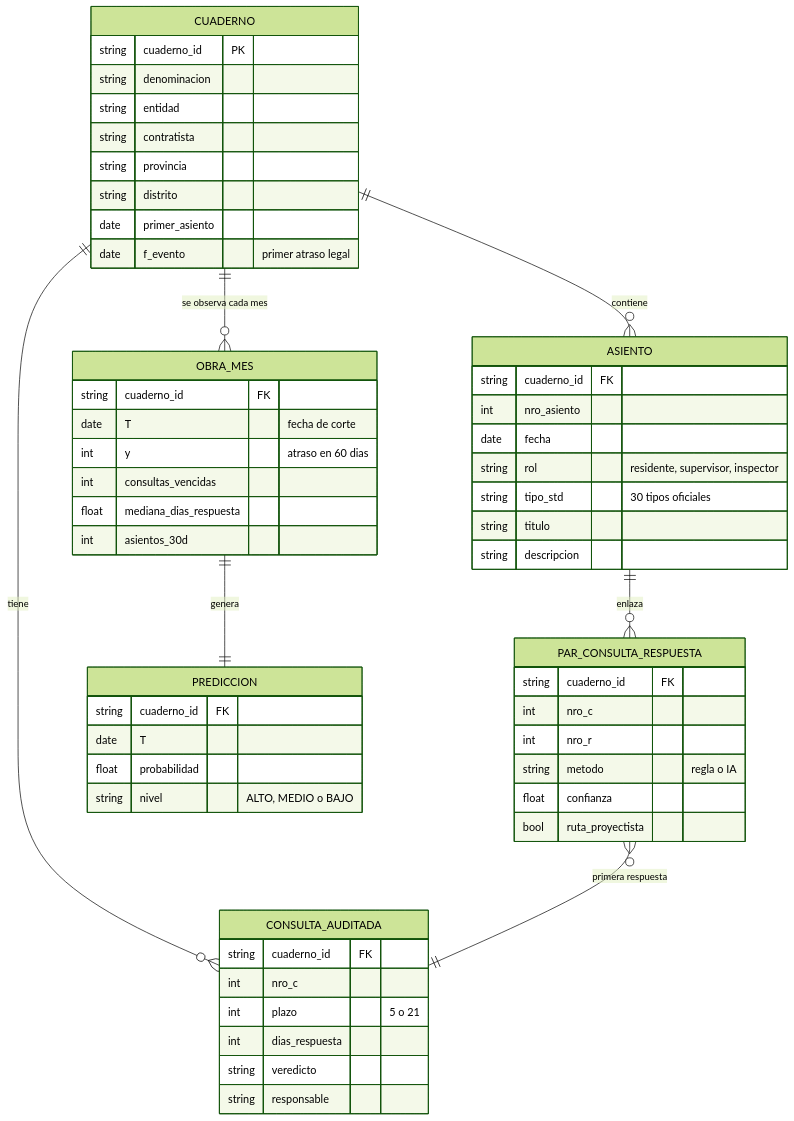
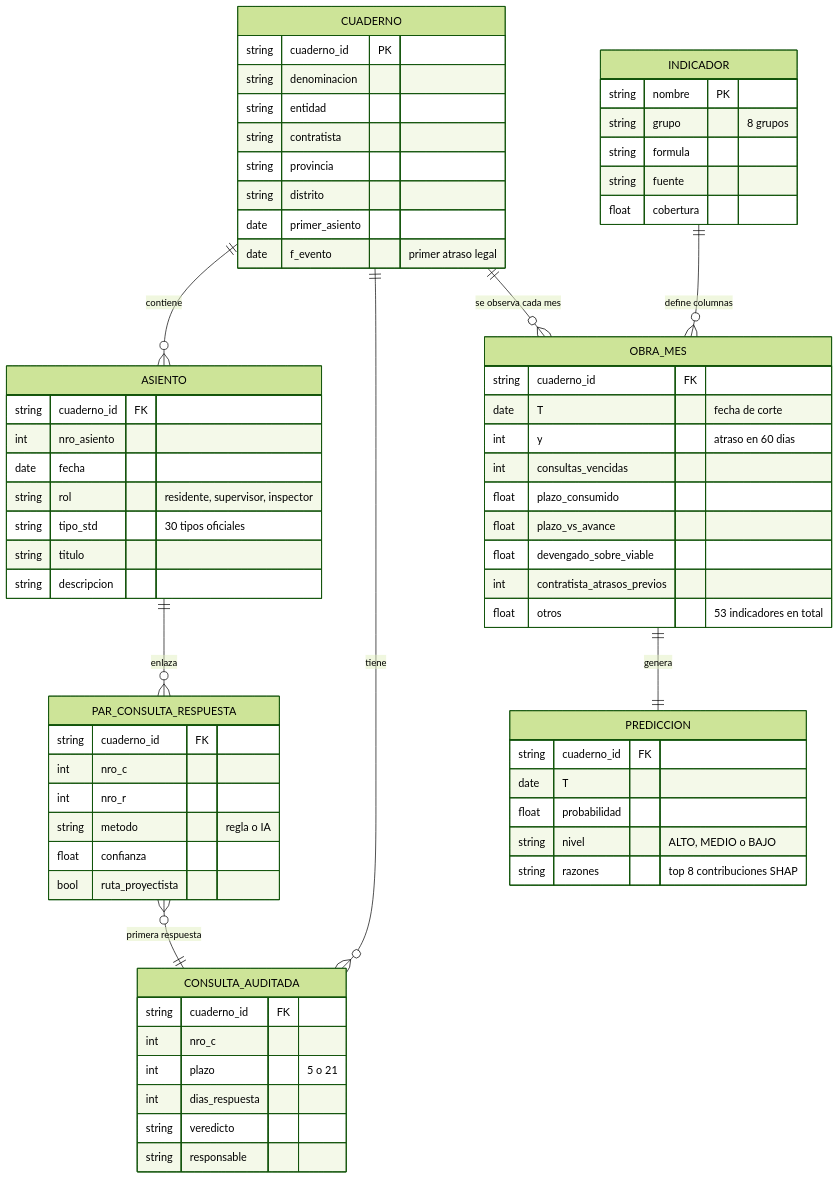
One commit to OwerLopez/caja-negra-obras changed the diagram in diagramas/d08_modelo_datos.mmd. Above: the diagram before and after it, drawn with Mermaid (forest theme). The commit also changed 37 other files, not shown here.

```diff
--- a/diagramas/d08_modelo_datos.mmd
+++ b/diagramas/d08_modelo_datos.mmd
@@ -1,56 +1,68 @@
 erDiagram
   CUADERNO ||--o{ ASIENTO : contiene
   CUADERNO ||--o{ CONSULTA_AUDITADA : tiene
   CUADERNO ||--o{ OBRA_MES : "se observa cada mes"
   ASIENTO ||--o{ PAR_CONSULTA_RESPUESTA : "enlaza"
   PAR_CONSULTA_RESPUESTA }o--|| CONSULTA_AUDITADA : "primera respuesta"
   OBRA_MES ||--|| PREDICCION : genera
+  INDICADOR ||--o{ OBRA_MES : "define columnas"
   CUADERNO {
     string cuaderno_id PK
     string denominacion
     string entidad
     string contratista
     string provincia
     string distrito
     date primer_asiento
     date f_evento "primer atraso legal"
   }
   ASIENTO {
     string cuaderno_id FK
     int nro_asiento
     date fecha
     string rol "residente, supervisor, inspector"
     string tipo_std "30 tipos oficiales"
     string titulo
     string descripcion
   }
   PAR_CONSULTA_RESPUESTA {
     string cuaderno_id FK
     int nro_c
     int nro_r
     string metodo "regla o IA"
     float confianza
     bool ruta_proyectista
   }
   CONSULTA_AUDITADA {
     string cuaderno_id FK
     int nro_c
     int plazo "5 o 21"
     int dias_respuesta
     string veredicto
     string responsable
   }
   OBRA_MES {
     string cuaderno_id FK
     date T "fecha de corte"
     int y "atraso en 60 dias"
     int consultas_vencidas
-    float mediana_dias_respuesta
-    int asientos_30d
+    float plazo_consumido
+    float plazo_vs_avance
+    float devengado_sobre_viable
+    int contratista_atrasos_previos
+    float otros "53 indicadores en total"
+  }
+  INDICADOR {
+    string nombre PK
+    string grupo "8 grupos"
+    string formula
+    string fuente
+    float cobertura
   }
   PREDICCION {
     string cuaderno_id FK
     date T
     float probabilidad
     string nivel "ALTO, MEDIO o BAJO"
+    string razones "top 8 contribuciones SHAP"
   }
```
